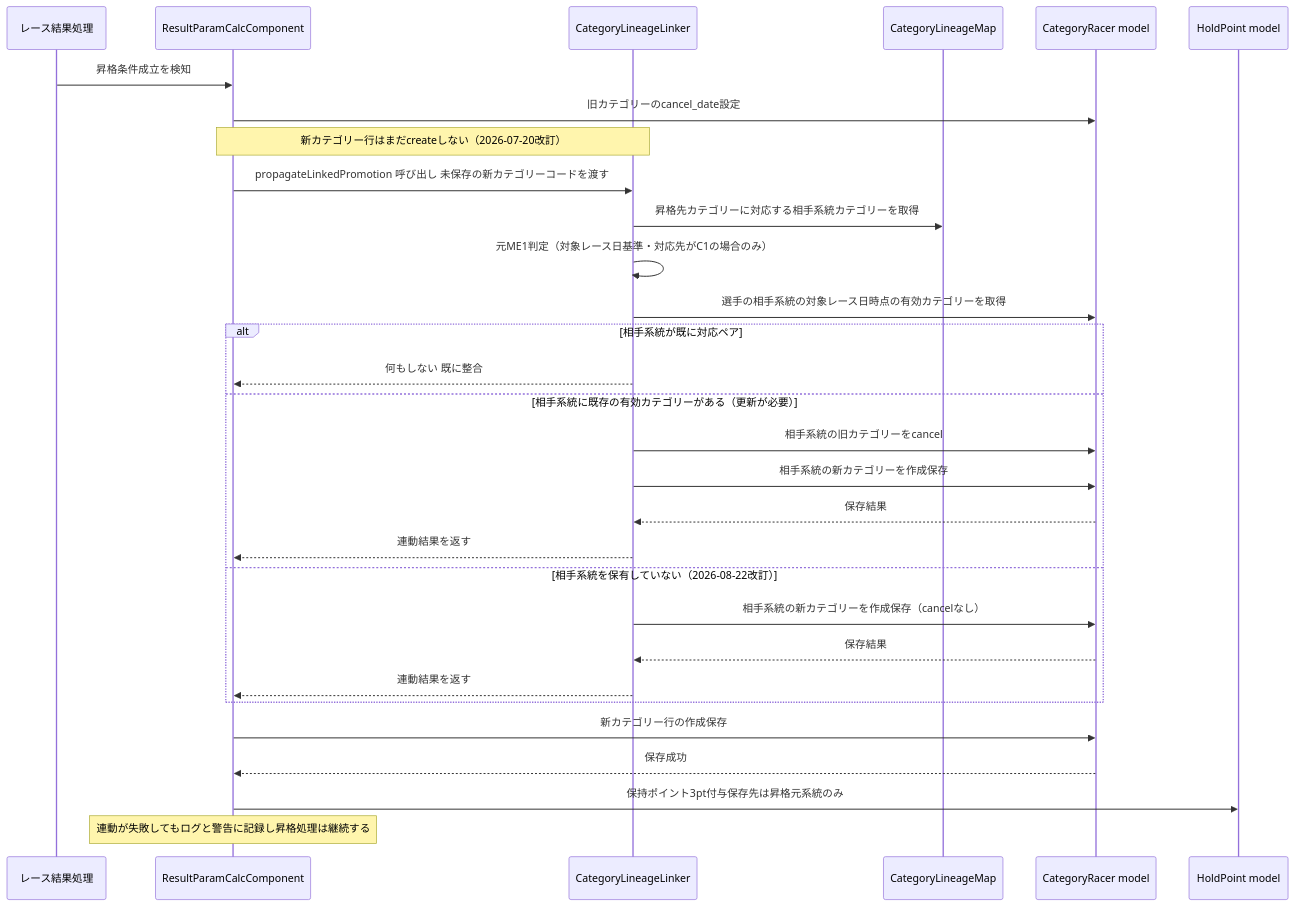
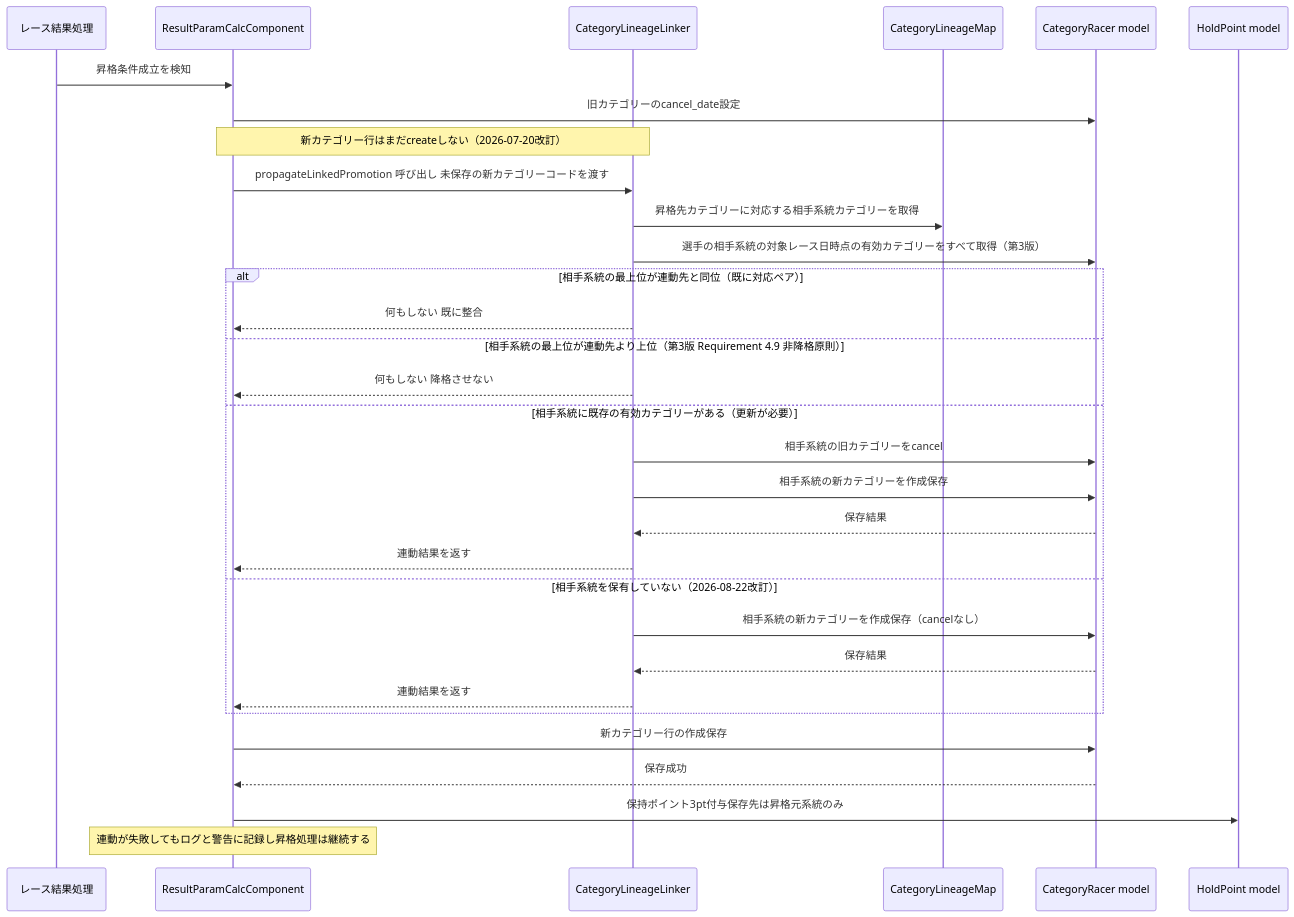
Before and after one commit to cyclox-dev/cyclox2_docker: the second of 3 diagrams in .kiro/specs/me-mm-linkage-2026-27/design.md, drawn with Mermaid. The commit also changed other lines of this file and 14 other files, not shown here.

````diff
--- a/.kiro/specs/me-mm-linkage-2026-27/design.md
+++ b/.kiro/specs/me-mm-linkage-2026-27/design.md
@@ -243,33 +375,34 @@
 ```mermaid
 sequenceDiagram
     participant Race as レース結果処理
     participant RPC as ResultParamCalcComponent
     participant Linker as CategoryLineageLinker
     participant Map as CategoryLineageMap
     participant CR as CategoryRacer model
     participant HP as HoldPoint model
 
     Race->>RPC: 昇格条件成立を検知
     RPC->>CR: 旧カテゴリーのcancel_date設定
     Note over RPC,Linker: 新カテゴリー行はまだcreateしない（2026-07-20改訂）
     RPC->>Linker: propagateLinkedPromotion 呼び出し 未保存の新カテゴリーコードを渡す
     Linker->>Map: 昇格先カテゴリーに対応する相手系統カテゴリーを取得
-    Linker->>Linker: 元ME1判定（対象レース日基準・対応先がC1の場合のみ）
-    Linker->>CR: 選手の相手系統の対象レース日時点の有効カテゴリーを取得
-    alt 相手系統が既に対応ペア
+    Linker->>CR: 選手の相手系統の対象レース日時点の有効カテゴリーをすべて取得（第3版）
+    alt 相手系統の最上位が連動先と同位（既に対応ペア）
         Linker-->>RPC: 何もしない 既に整合
+    else 相手系統の最上位が連動先より上位（第3版 Requirement 4.9 非降格原則）
+        Linker-->>RPC: 何もしない 降格させない
     else 相手系統に既存の有効カテゴリーがある（更新が必要）
         Linker->>CR: 相手系統の旧カテゴリーをcancel
         Linker->>CR: 相手系統の新カテゴリーを作成保存
         CR-->>Linker: 保存結果
         Linker-->>RPC: 連動結果を返す
     else 相手系統を保有していない（2026-08-22改訂）
         Linker->>CR: 相手系統の新カテゴリーを作成保存（cancelなし）
         CR-->>Linker: 保存結果
         Linker-->>RPC: 連動結果を返す
     end
     RPC->>CR: 新カテゴリー行の作成保存
     CR-->>RPC: 保存成功
     RPC->>HP: 保持ポイント3pt付与保存先は昇格元系統のみ
     Note over RPC: 連動が失敗してもログと警告に記録し昇格処理は継続する
 ```
````
